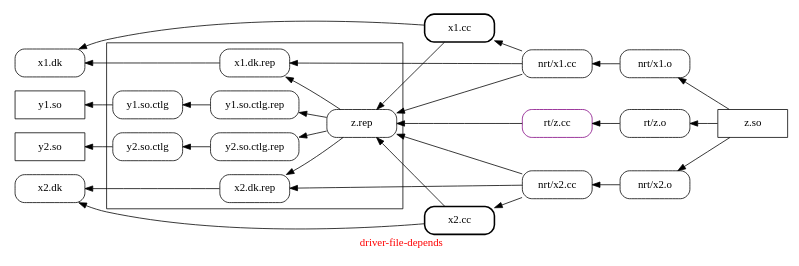
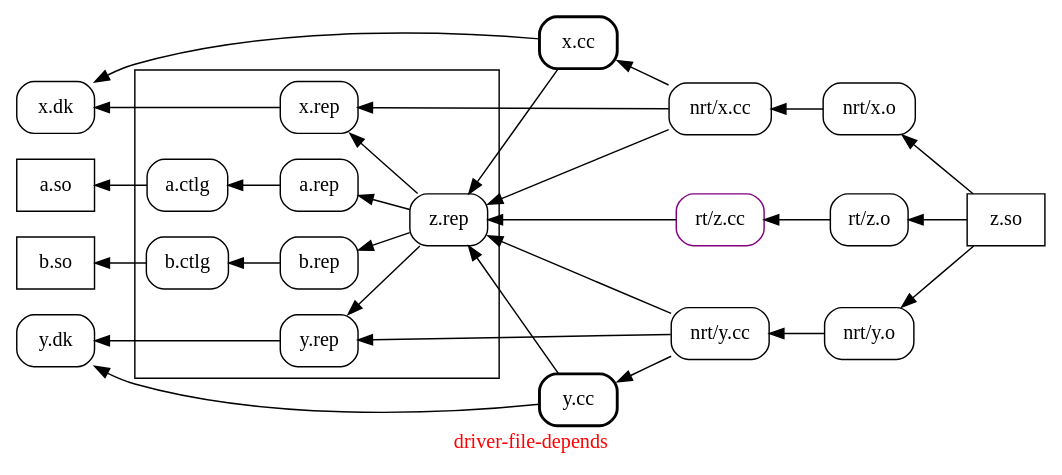
Before and after one commit to Ayyzee/dakota: the diagram in doc/driver-file-depends.dot, drawn with Graphviz. The commit also changed 1 other file, not shown here.

Commit message:
Lots of cleanup of make-file-dependency-graph.pl and also some unification between its output and ../doc/driver-file-depends.dot

```diff
--- a/doc/driver-file-depends.dot
+++ b/doc/driver-file-depends.dot
@@ -1,115 +1,100 @@
 // Copyright (C) 2007, 2008, 2009 Robert Nielsen <robert@dakota.org>
 //
 // Licensed under the Apache License, Version 2.0 (the "License");
 // you may not use this file except in compliance with the License.
 // You may obtain a copy of the License at
 //
 //      http://www.apache.org/licenses/LICENSE-2.0
 //
 // Unless required by applicable law or agreed to in writing, software
 // distributed under the License is distributed on an "AS IS" BASIS,
 // WITHOUT WARRANTIES OR CONDITIONS OF ANY KIND, either express or implied.
 // See the License for the specific language governing permissions and
 // limitations under the License.
 
 digraph "driver-file-depends"
 {
   graph [ label = "\G", fontcolor = red ];
-  graph [ rankdir = LR, rotate = 0, center = true,
-        page = "8.5,11", size = "7.5,10" ];
+  graph [ rankdir = LR ];
   edge [ dir = back ];
-  node [ shape = box, style = rounded, width = "1.25" ];
+  node [ shape = rect, style = rounded ];
 
-  "x1.cc" [ style = "rounded,bold" ];
-  "x2.cc" [ style = "rounded,bold" ];
+  "x.cc" [ style = "rounded,bold" ];
+  "y.cc" [ style = "rounded,bold" ];
   
   subgraph "cluster-detail"
   {
     graph [ label = "" ];
 
-    "y1.so.ctlg" -> "y1.so.ctlg.rep";
-    "y2.so.ctlg" -> "y2.so.ctlg.rep";
+    "a.ctlg" -> "a.rep";
+    "b.ctlg" -> "b.rep";
 
-    "y1.so.ctlg.rep" -> "z.rep";
-    "y2.so.ctlg.rep" -> "z.rep";
+    "a.rep" -> "z.rep";
+    "b.rep" -> "z.rep";
 
-    "x1.dk.rep" -> "z.rep";
-    "x2.dk.rep" -> "z.rep";
+    "x.rep" -> "z.rep";
+    "y.rep" -> "z.rep";
 
     "rt/z.cc" [ color = purple ];
-
+    subgraph
     {
       rank = same;
-      "y1.so.ctlg";
-      "y2.so.ctlg";
-    }
-    {
-      rank = same;
-      "x1.dk.rep";
-      "x2.dk.rep";
-      "y1.so.ctlg.rep";
-      "y2.so.ctlg.rep";
+      "x.rep";
+      "y.rep";
+      "a.rep";
+      "b.rep";
     }
   }
 
-  "x1.dk" -> "x1.dk.rep" [ weight = 2 ];
-  "x2.dk" -> "x2.dk.rep" [ weight = 2 ];
+  "x.dk" -> "x.rep" [ weight = 2 ];
+  "y.dk" -> "y.rep" [ weight = 2 ];
 
-  "x1.dk" -> "x1.cc";
-  "x2.dk" -> "x2.cc";
-  "z.rep" -> "x1.cc";
-  "z.rep" -> "x2.cc";
+  "x.dk" -> "x.cc";
+  "y.dk" -> "y.cc";
+  "z.rep" -> "x.cc";
+  "z.rep" -> "y.cc";
 
-  "x1.cc" -> "nrt/x1.cc";
-  "x2.cc" -> "nrt/x2.cc";
+  "x.cc" -> "nrt/x.cc";
+  "y.cc" -> "nrt/y.cc";
 
-  "y1.so" -> "y1.so.ctlg"
-  "y2.so" -> "y2.so.ctlg"
+  "a.so" -> "a.ctlg"
+  "b.so" -> "b.ctlg"
 
-  "z.rep" -> "nrt/x1.cc";
-  "z.rep" -> "nrt/x2.cc";
+  "z.rep" -> "nrt/x.cc";
+  "z.rep" -> "nrt/y.cc";
   "z.rep" -> "rt/z.cc";
 
-  "x1.dk.rep" -> "nrt/x1.cc" [ weight = 2 ];
-  "x2.dk.rep" -> "nrt/x2.cc" [ weight = 2 ];
+  "x.rep" -> "nrt/x.cc" [ weight = 2 ];
+  "y.rep" -> "nrt/y.cc" [ weight = 2 ];
 
-  "nrt/x1.cc" -> "nrt/x1.o" [ weight = 2 ];
-  "nrt/x2.cc" -> "nrt/x2.o" [ weight = 2 ];
+  "nrt/x.cc" -> "nrt/x.o" [ weight = 2 ];
+  "nrt/y.cc" -> "nrt/y.o" [ weight = 2 ];
   "rt/z.cc" -> "rt/z.o";
 
-  "nrt/x1.o" -> "z.so";
-  "nrt/x2.o" -> "z.so";
+  "nrt/x.o" -> "z.so";
+  "nrt/y.o" -> "z.so";
   "rt/z.o" ->  "z.so";
 
-  "x1.dk";
-  "x2.dk";
+  "x.dk";
+  "y.dk";
 
-  "y1.so" [ style = none ];
-  "y2.so" [ style = none ];
+  "a.so" [ style = none ];
+  "b.so" [ style = none ];
   "z.so"  [ style = none ];
 
+  subgraph
   {
     rank = same;
-    "x1.cc";
-    "x2.cc";
+    "x.dk";
+    "y.dk";
+    "a.so";
+    "b.so";
   }
+  subgraph
   {
     rank = same;
-    "x1.dk";
-    "x2.dk";
-    "y1.so";
-    "y2.so";
-  }
-  {
-    rank = same;
-    "nrt/x1.cc";
-    "nrt/x2.cc";
+    "nrt/x.cc";
+    "nrt/y.cc";
     "rt/z.cc";
   }
-  {
-    rank = same;
-    "nrt/x1.o";
-    "nrt/x2.o";
-    "rt/z.o";
-  }
 }
```
